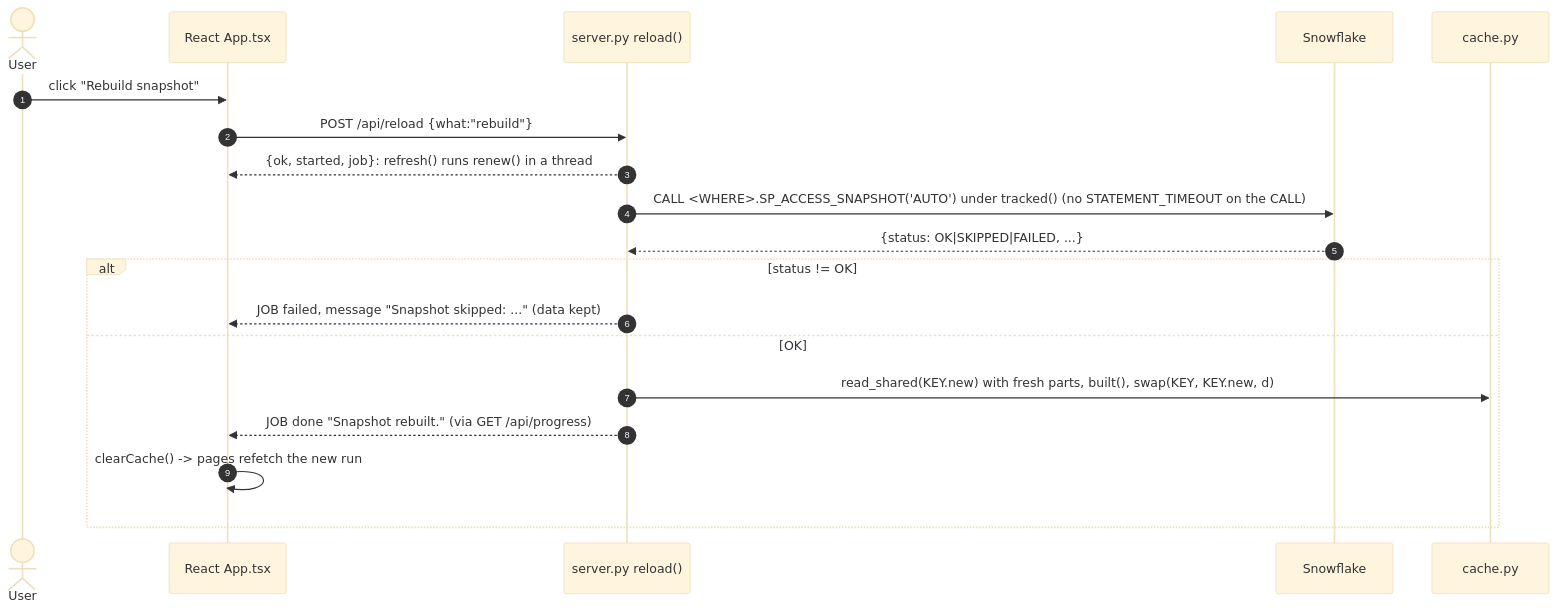
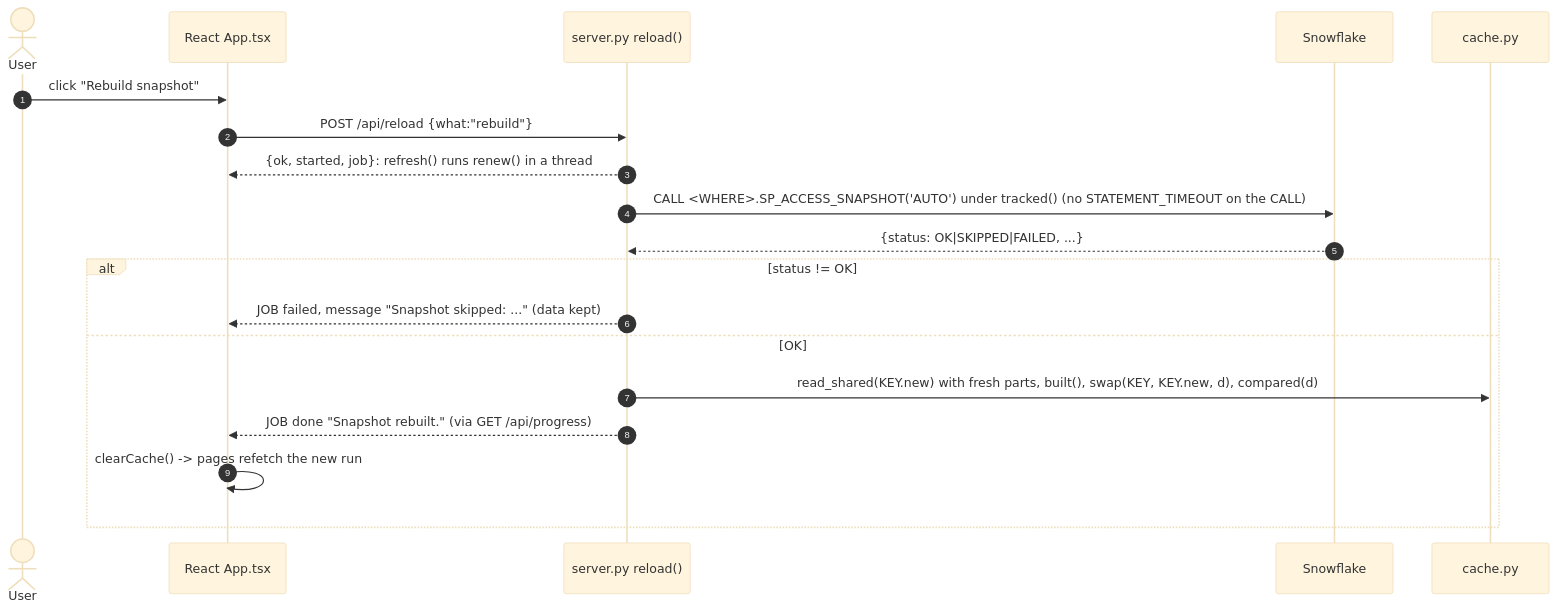
One commit to darshanmeel/snowflake-access-explorer changed the second of 2 diagrams in snowflake-access-explorer-knowledge-graph/flows/snapshot-objects.md. Above: the diagram before and after it, drawn with Mermaid (base theme). The commit also changed other lines of this file and 86 other files, not shown here.

First line of the commit message:
Knowledge graph up to a71221c: paged pages, lazy graph boxes, read order, What changed at refresh, load steps

````diff
--- a/snowflake-access-explorer-knowledge-graph/flows/snapshot-objects.md
+++ b/snowflake-access-explorer-knowledge-graph/flows/snapshot-objects.md
@@ -60,21 +60,21 @@
 ```mermaid
 sequenceDiagram
     autonumber
     actor U as User
     participant W as React App.tsx
     participant S as server.py reload()
     participant SF as Snowflake
     participant C as cache.py
     U->>W: click "Rebuild snapshot"
     W->>S: POST /api/reload {what:"rebuild"}
     S-->>W: {ok, started, job}: refresh() runs renew() in a thread
     S->>SF: CALL <WHERE>.SP_ACCESS_SNAPSHOT('AUTO') under tracked() (no STATEMENT_TIMEOUT on the CALL)
     SF-->>S: {status: OK|SKIPPED|FAILED, ...}
     alt status != OK
         S-->>W: JOB failed, message "Snapshot skipped: ..." (data kept)
     else OK
-        S->>C: read_shared(KEY.new) with fresh parts, built(), swap(KEY, KEY.new, d)
+        S->>C: read_shared(KEY.new) with fresh parts, built(), swap(KEY, KEY.new, d), compared(d)
         S-->>W: JOB done "Snapshot rebuilt." (via GET /api/progress)
         W->>W: clearCache() -> pages refetch the new run
     end
 ```
````
